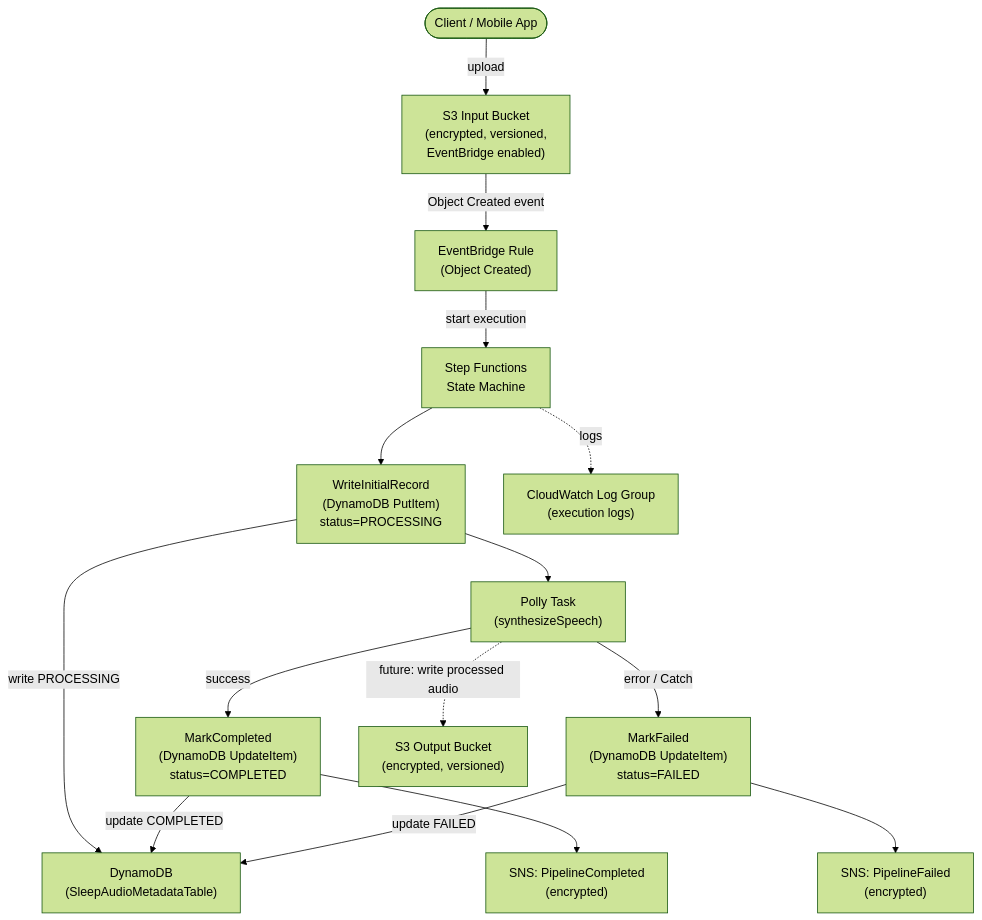
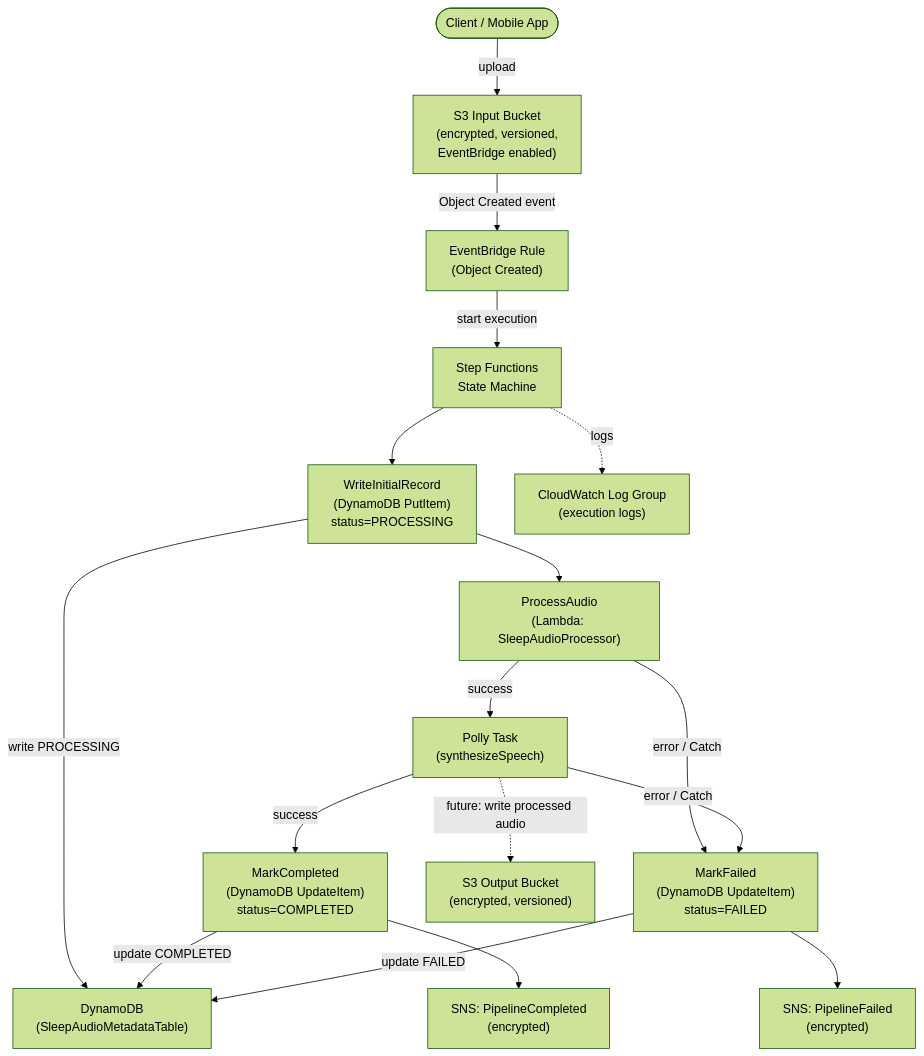
The second of 2 diagrams in ARCHITECTURE.md (obstreperous-ai/cdk-sleep-go-kiro), drawn with Mermaid (forest theme) before and after one commit. The commit also changed other lines of this file and 4 other files, not shown here.

Commit message:
feat: add SleepAudioProcessor Lambda skeleton with state machine integration

````diff
--- a/ARCHITECTURE.md
+++ b/ARCHITECTURE.md
@@ -205,32 +219,35 @@
 ```mermaid
 flowchart TD
     Client([Client / Mobile App])
 
     S3In["S3 Input Bucket\n(encrypted, versioned,\nEventBridge enabled)"]
     EB["EventBridge Rule\n(Object Created)"]
     SFN["Step Functions\nState Machine"]
     PutItem["WriteInitialRecord\n(DynamoDB PutItem)\nstatus=PROCESSING"]
+    ProcessAudio["ProcessAudio\n(Lambda: SleepAudioProcessor)"]
     Polly["Polly Task\n(synthesizeSpeech)"]
     MarkCompleted["MarkCompleted\n(DynamoDB UpdateItem)\nstatus=COMPLETED"]
     MarkFailed["MarkFailed\n(DynamoDB UpdateItem)\nstatus=FAILED"]
     SNSOk["SNS: PipelineCompleted\n(encrypted)"]
     SNSErr["SNS: PipelineFailed\n(encrypted)"]
     DDB["DynamoDB\n(SleepAudioMetadataTable)"]
     CWLogs["CloudWatch Log Group\n(execution logs)"]
     S3Out["S3 Output Bucket\n(encrypted, versioned)"]
 
     Client -->|upload| S3In
     S3In -->|Object Created event| EB
     EB -->|start execution| SFN
     SFN --> PutItem
     PutItem -->|write PROCESSING| DDB
-    PutItem --> Polly
+    PutItem --> ProcessAudio
+    ProcessAudio -->|success| Polly
+    ProcessAudio -->|error / Catch| MarkFailed
     Polly -->|success| MarkCompleted
     Polly -->|error / Catch| MarkFailed
     MarkCompleted -->|update COMPLETED| DDB
     MarkCompleted --> SNSOk
     MarkFailed -->|update FAILED| DDB
     MarkFailed --> SNSErr
     SFN -. logs .-> CWLogs
     Polly -.->|future: write processed audio| S3Out
 ```
````
